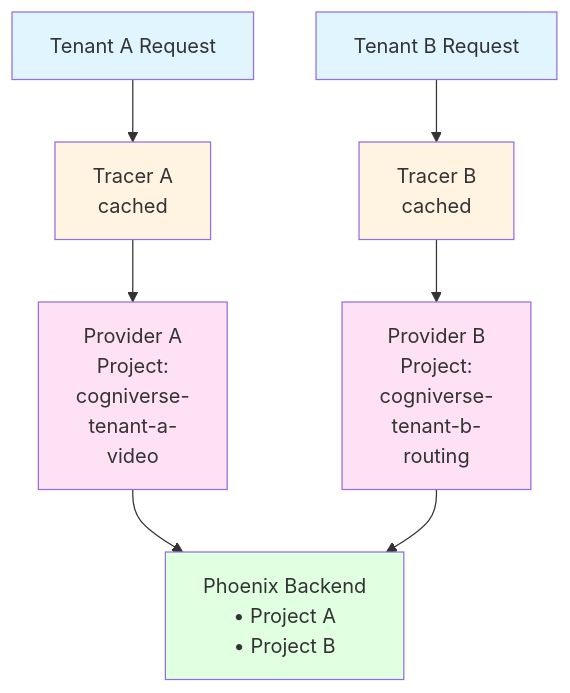
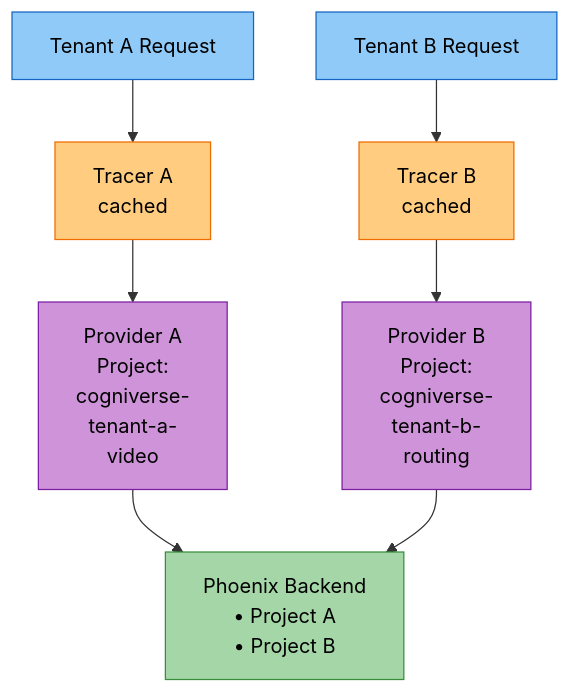
One commit to amit-jain/cogniverse changed the second of 3 diagrams in docs/development/instrumentation.md. Above: the diagram before and after it, drawn with Mermaid. The commit also changed other lines of this file and 83 other files, not shown here.

First line of the commit message:
Fix documentation veracity, formatting, and diagrams across all modules

````diff
--- a/docs/development/instrumentation.md
+++ b/docs/development/instrumentation.md
@@ -65,30 +67,30 @@
 ```mermaid
-graph TB
-    ReqA[Tenant A Request]
-    ReqB[Tenant B Request]
+flowchart TB
+    ReqA["<span style='color:#000'>Tenant A Request</span>"]
+    ReqB["<span style='color:#000'>Tenant B Request</span>"]
 
-    TracerA[Tracer A<br/>cached]
-    TracerB[Tracer B<br/>cached]
+    TracerA["<span style='color:#000'>Tracer A<br/>cached</span>"]
+    TracerB["<span style='color:#000'>Tracer B<br/>cached</span>"]
 
-    ProviderA[Provider A<br/>Project:<br/>cogniverse-<br/>tenant-a-<br/>video]
-    ProviderB[Provider B<br/>Project:<br/>cogniverse-<br/>tenant-b-<br/>routing]
+    ProviderA["<span style='color:#000'>Provider A<br/>Project:<br/>cogniverse-<br/>tenant-a-<br/>video</span>"]
+    ProviderB["<span style='color:#000'>Provider B<br/>Project:<br/>cogniverse-<br/>tenant-b-<br/>routing</span>"]
 
-    Phoenix[Phoenix Backend<br/>• Project A<br/>• Project B]
+    Phoenix["<span style='color:#000'>Phoenix Backend<br/>• Project A<br/>• Project B</span>"]
 
     ReqA --> TracerA
     ReqB --> TracerB
 
     TracerA --> ProviderA
     TracerB --> ProviderB
 
     ProviderA --> Phoenix
     ProviderB --> Phoenix
 
-    style ReqA fill:#e1f5ff
-    style ReqB fill:#e1f5ff
-    style TracerA fill:#fff4e1
-    style TracerB fill:#fff4e1
-    style ProviderA fill:#ffe1f5
-    style ProviderB fill:#ffe1f5
-    style Phoenix fill:#e1ffe1
+    style ReqA fill:#90caf9,stroke:#1565c0,color:#000
+    style ReqB fill:#90caf9,stroke:#1565c0,color:#000
+    style TracerA fill:#ffcc80,stroke:#ef6c00,color:#000
+    style TracerB fill:#ffcc80,stroke:#ef6c00,color:#000
+    style ProviderA fill:#ce93d8,stroke:#7b1fa2,color:#000
+    style ProviderB fill:#ce93d8,stroke:#7b1fa2,color:#000
+    style Phoenix fill:#a5d6a7,stroke:#388e3c,color:#000
 ```
````
